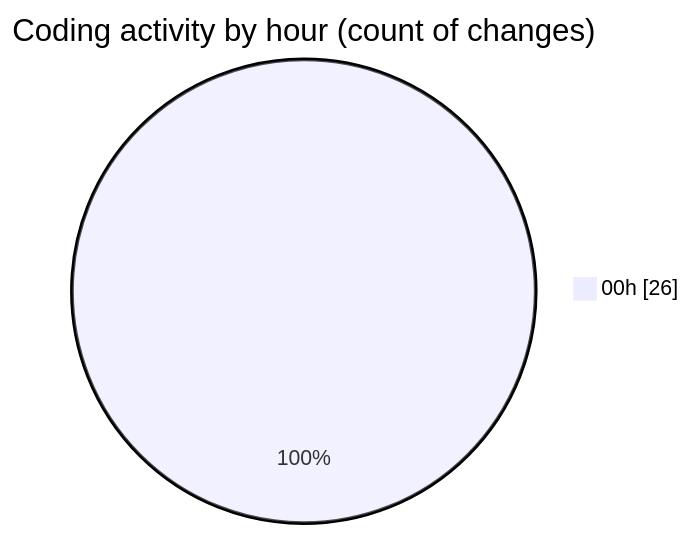
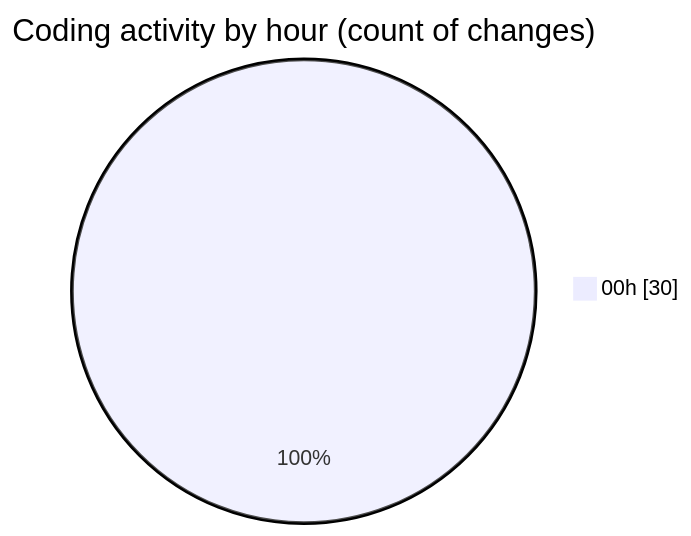
The second of 2 diagrams in 2025-01-04/my-code-activity-ext/README.md (ernivani/code-tracking), drawn with Mermaid before and after one commit. The commit also changed other lines of this file and 1 other file, not shown here.

````diff
--- a/2025-01-04/my-code-activity-ext/README.md
+++ b/2025-01-04/my-code-activity-ext/README.md
@@ -43,5 +44,5 @@
 ```mermaid
 pie showData
 title Coding activity by hour (count of changes)
-"00h" : 26
+"00h" : 30
 ```
````
